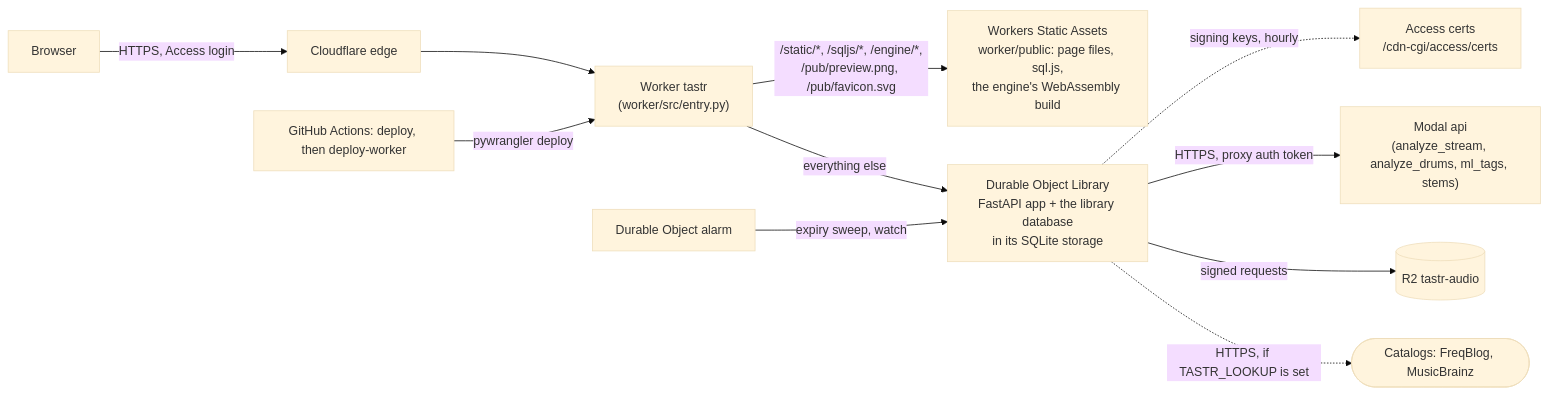
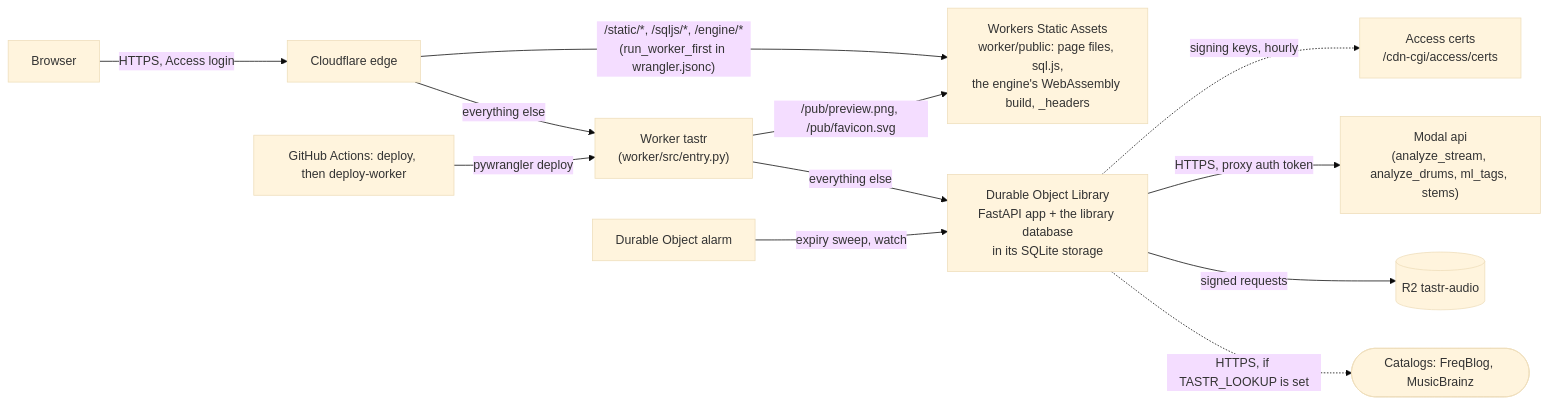
Before and after one commit to pocketIlmatto/tastr: the third of 3 diagrams in docs/hosting-map.md, drawn with Mermaid (base theme). The commit also changed other lines of this file and 4 other files, not shown here.

First line of the commit message:
Worker: serve static files without the Worker and keep the versioned ones; log cold starts (#163)

````diff
--- a/docs/hosting-map.md
+++ b/docs/hosting-map.md
@@ -319,13 +320,14 @@
 ```mermaid
 flowchart LR
     B[Browser] -->|HTTPS, Access login| CF[Cloudflare edge]
-    CF --> W["Worker tastr<br/>(worker/src/entry.py)"]
-    W -->|"/static/*, /sqljs/*, /engine/*,<br/>/pub/preview.png, /pub/favicon.svg"| SA["Workers Static Assets<br/>worker/public: page files, sql.js,<br/>the engine's WebAssembly build"]
+    CF -->|"everything else"| W["Worker tastr<br/>(worker/src/entry.py)"]
+    CF -->|"/static/*, /sqljs/*, /engine/*<br/>(run_worker_first in wrangler.jsonc)"| SA["Workers Static Assets<br/>worker/public: page files, sql.js,<br/>the engine's WebAssembly build, _headers"]
+    W -->|"/pub/preview.png, /pub/favicon.svg"| SA
     W -->|everything else| DO["Durable Object Library<br/>FastAPI app + the library database<br/>in its SQLite storage"]
     DO -.->|signing keys, hourly| AK[Access certs<br/>/cdn-cgi/access/certs]
     AL[Durable Object alarm] -->|expiry sweep, watch| DO
     GHD[GitHub Actions: deploy, then deploy-worker] -->|pywrangler deploy| W
     DO -->|HTTPS, proxy auth token| MA["Modal api<br/>(analyze_stream, analyze_drums, ml_tags, stems)"]
     DO -->|signed requests| R2B[(R2 tastr-audio)]
     DO -.->|HTTPS, if TASTR_LOOKUP is set| CAT2([Catalogs: FreqBlog, MusicBrainz])
 ```
````
